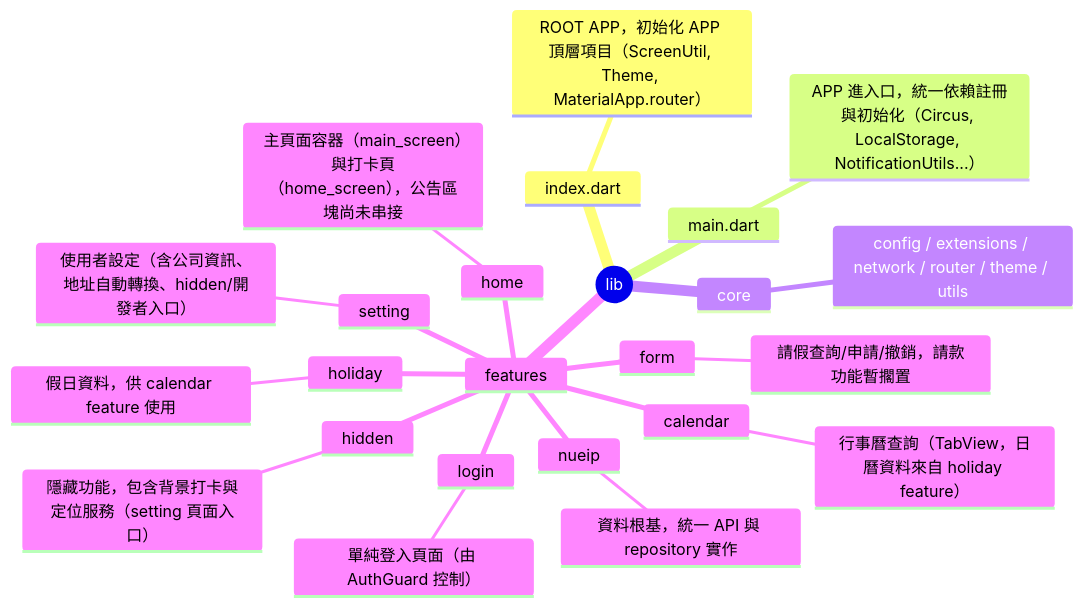
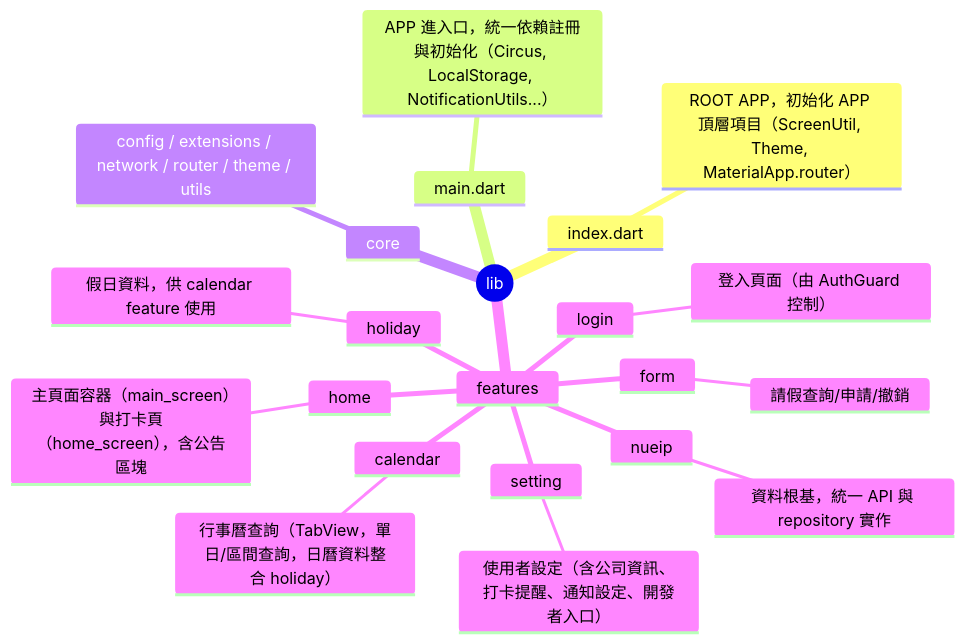
One commit to Aykahshi/auto_nueip_revamp changed the diagram in README.md. Above: the diagram before and after it, drawn with Mermaid. The commit also changed other lines of this file and 1 other file, not shown here.

````diff
--- a/README.md
+++ b/README.md
@@ -14,27 +14,25 @@
 ```mermaid
 mindmap
   root((lib))
     index.dart
       ROOT APP，初始化 APP 頂層項目（ScreenUtil, Theme, MaterialApp.router）
     main.dart
       APP 進入口，統一依賴註冊與初始化（Circus, LocalStorage, NotificationUtils...）
     core
       config / extensions / network / router / theme / utils
     features
       nueip
         資料根基，統一 API 與 repository 實作
       login
-        單純登入頁面（由 AuthGuard 控制）
+        登入頁面（由 AuthGuard 控制）
       home
-        主頁面容器（main_screen）與打卡頁（home_screen），公告區塊尚未串接
+        主頁面容器（main_screen）與打卡頁（home_screen），含公告區塊
       calendar
-        行事曆查詢（TabView，日曆資料來自 holiday feature）
+        行事曆查詢（TabView，單日/區間查詢，日曆資料整合 holiday）
       form
-        請假查詢/申請/撤銷，請款功能暫擱置
+        請假查詢/申請/撤銷
       setting
-        使用者設定（含公司資訊、地址自動轉換、hidden/開發者入口）
+        使用者設定（含公司資訊、打卡提醒、通知設定、開發者入口）
       holiday
         假日資料，供 calendar feature 使用
-      hidden
-        隱藏功能，包含背景打卡與定位服務（setting 頁面入口）
 ```
````
